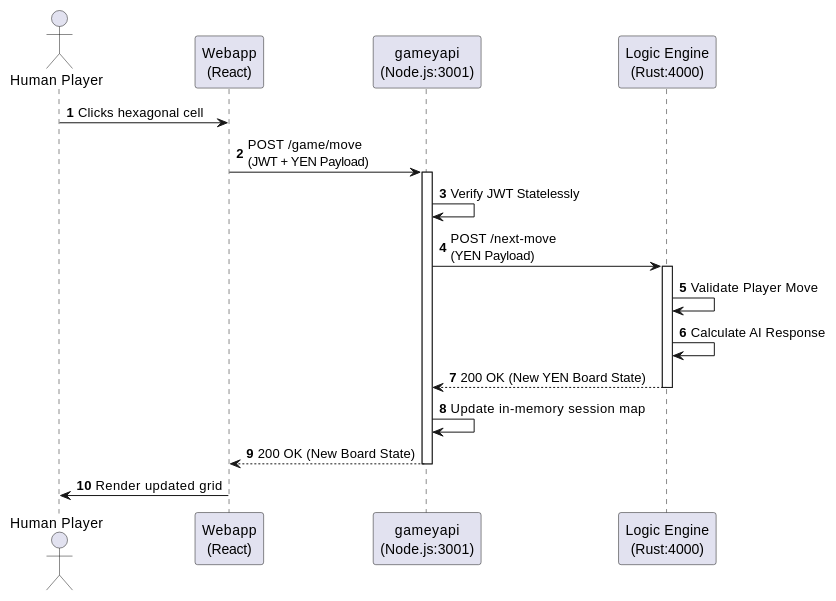
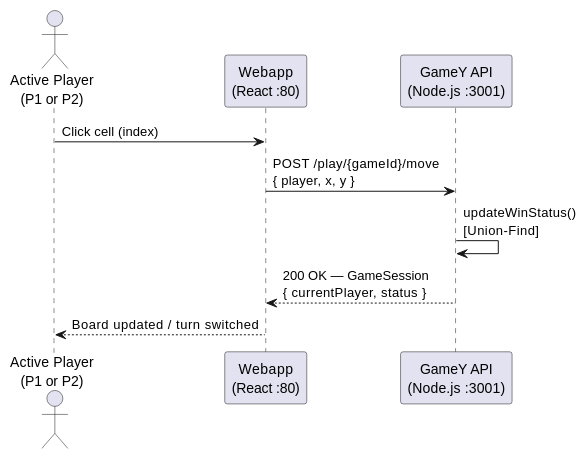
The second of 5 diagrams in docs/src/06_runtime_view.adoc (Arquisoft/yovi_en1a), drawn with PlantUML before and after one commit. The commit also changed other lines of this file, not shown here.

```diff
--- a/docs/src/06_runtime_view.adoc
+++ b/docs/src/06_runtime_view.adoc
@@ -45,29 +32,14 @@
-[plantuml, target="human-vs-ai-move", format="png"]
+[plantuml, target="human-vs-human", format="png"]
 ----
 @startuml
-autonumber
-actor "Human Player" as User
-participant "Webapp\n(React)" as UI
-participant "gameyapi\n(Node.js:3001)" as API
-participant "Logic Engine\n(Rust:4000)" as Rust
+actor "Active Player\n(P1 or P2)" as Player
+participant "Webapp\n(React :80)" as Webapp
+participant "GameY API\n(Node.js :3001)" as API
 
-User -> UI : Clicks hexagonal cell
-UI -> API : POST /game/move\n(JWT + YEN Payload)
-activate API
-
-API -> API : Verify JWT Statelessly
-API -> Rust : POST /next-move\n(YEN Payload)
-activate Rust
-
-Rust -> Rust : Validate Player Move
-Rust -> Rust : Calculate AI Response
-Rust --> API : 200 OK (New YEN Board State)
-deactivate Rust
-
-API -> API : Update in-memory session map
-API --> UI : 200 OK (New Board State)
-deactivate API
-
-UI -> User : Render updated grid
+Player -> Webapp : Click cell (index)
+Webapp -> API : POST /play/{gameId}/move\n{ player, x, y }
+API -> API : updateWinStatus()\n[Union-Find]
+API --> Webapp : 200 OK — GameSession\n{ currentPlayer, status }
+Webapp --> Player : Board updated / turn switched
 @enduml
 ----
```
